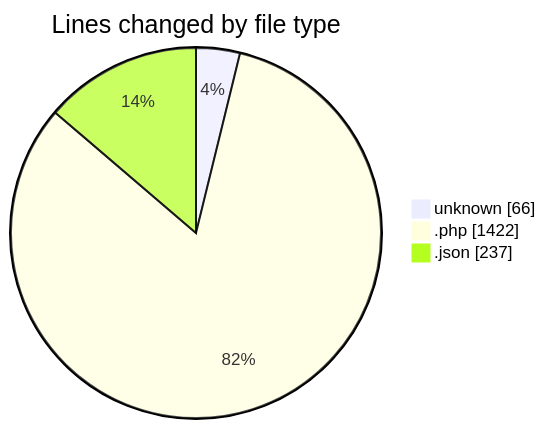
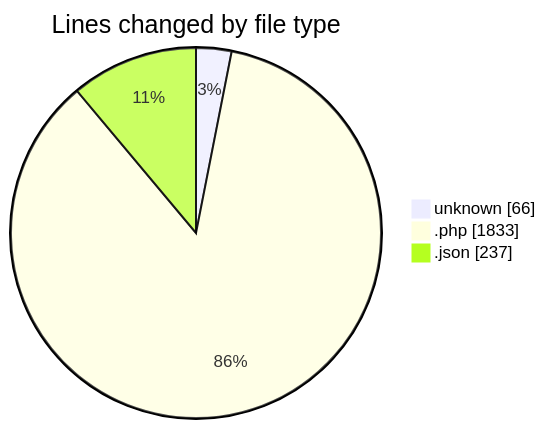
Before and after one commit to idhammustaqopulfikri/code-tracking: the first of 2 diagrams in 2025-05-15/bookingpodcas/README.md, drawn with Mermaid. The commit also changed other lines of this file and 1 other file, not shown here.

````diff
--- a/2025-05-15/bookingpodcas/README.md
+++ b/2025-05-15/bookingpodcas/README.md
@@ -25,7 +25,7 @@
 ```mermaid
 pie showData
 title Lines changed by file type
 "unknown" : 66
-".php" : 1422
+".php" : 1833
 ".json" : 237
 ```
````
